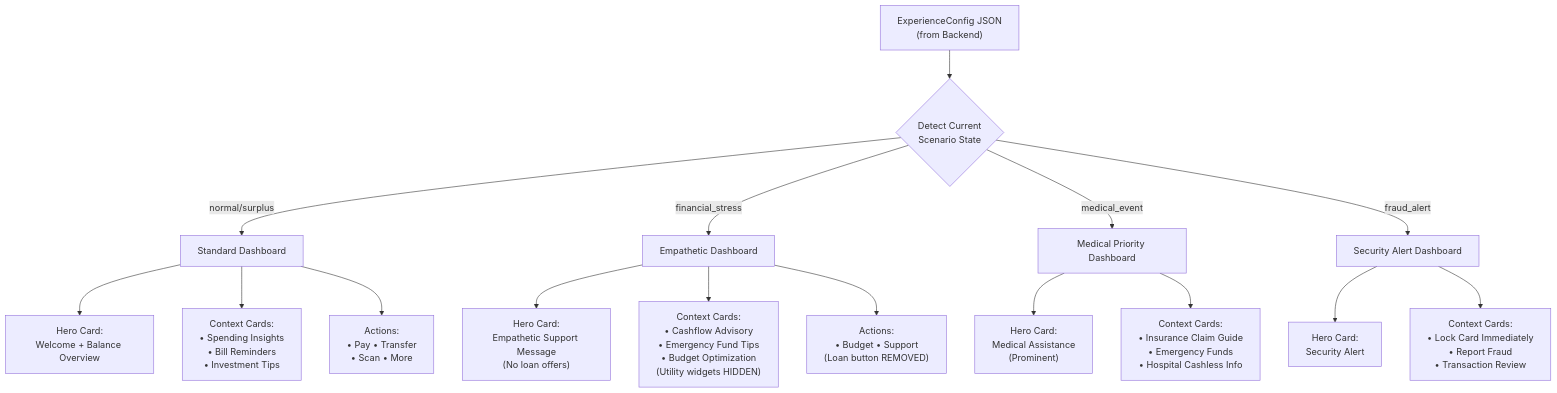
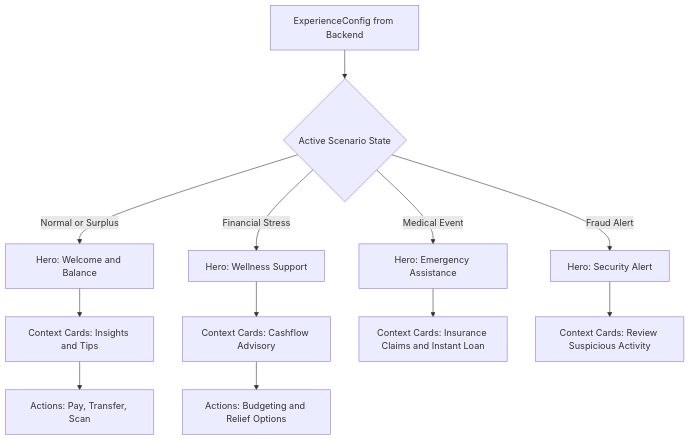
Diagram 21 of 41 in README.md (Neutron-0/ABC-Bank), drawn with Mermaid before and after one commit. The commit also changed other lines of this file and 33 other files, not shown here.

````diff
--- a/README.md
+++ b/README.md
@@ -1586,23 +1464,18 @@
 ```mermaid
 flowchart TD
-  ExConfig["ExperienceConfig JSON\n(from Backend)"] --> ScenarioDetect{"Detect Current\nScenario State"}
+  ExConfig["ExperienceConfig from Backend"] --> ScenarioDetect{"Active Scenario State"}
   
-  ScenarioDetect -->|"normal/surplus"| NormalFlow["Standard Dashboard"]
-  ScenarioDetect -->|"financial_stress"| StressFlow["Empathetic Dashboard"]
-  ScenarioDetect -->|"medical_event"| MedicalFlow["Medical Priority Dashboard"]
-  ScenarioDetect -->|"fraud_alert"| FraudFlow["Security Alert Dashboard"]
+  ScenarioDetect -->|Normal or Surplus| NormalHero["Hero: Welcome and Balance"]
+  NormalHero --> NormalCards["Context Cards: Insights and Tips"]
+  NormalCards --> NormalActions["Actions: Pay, Transfer, Scan"]
   
-  NormalFlow --> NormalHero["Hero Card:\nWelcome + Balance Overview"]
-  NormalFlow --> NormalCards["Context Cards:\n• Spending Insights\n• Bill Reminders\n• Investment Tips"]
-  NormalFlow --> NormalActions["Actions:\n• Pay • Transfer\n• Scan • More"]
+  ScenarioDetect -->|Financial Stress| StressHero["Hero: Wellness Support"]
+  StressHero --> StressCards["Context Cards: Cashflow Advisory"]
+  StressCards --> StressActions["Actions: Budgeting and Relief Options"]
   
-  StressFlow --> StressHero["Hero Card:\nEmpathetic Support Message\n(No loan offers)"]
-  StressFlow --> StressCards["Context Cards:\n• Cashflow Advisory\n• Emergency Fund Tips\n• Budget Optimization\n(Utility widgets HIDDEN)"]
-  StressFlow --> StressActions["Actions:\n• Budget • Support\n(Loan button REMOVED)"]
+  ScenarioDetect -->|Medical Event| MedHero["Hero: Emergency Assistance"]
+  MedHero --> MedCards["Context Cards: Insurance Claims and Instant Loan"]
   
-  MedicalFlow --> MedHero["Hero Card:\nMedical Assistance\n(Prominent)"]
-  MedicalFlow --> MedCards["Context Cards:\n• Insurance Claim Guide\n• Emergency Funds\n• Hospital Cashless Info"]
-  
-  FraudFlow --> FraudHero["Hero Card:\nSecurity Alert"]
-  FraudFlow --> FraudCards["Context Cards:\n• Lock Card Immediately\n• Report Fraud\n• Transaction Review"]
+  ScenarioDetect -->|Fraud Alert| FraudHero["Hero: Security Alert"]
+  FraudHero --> FraudCards["Context Cards: Review Suspicious Activity"]
 ```
````
